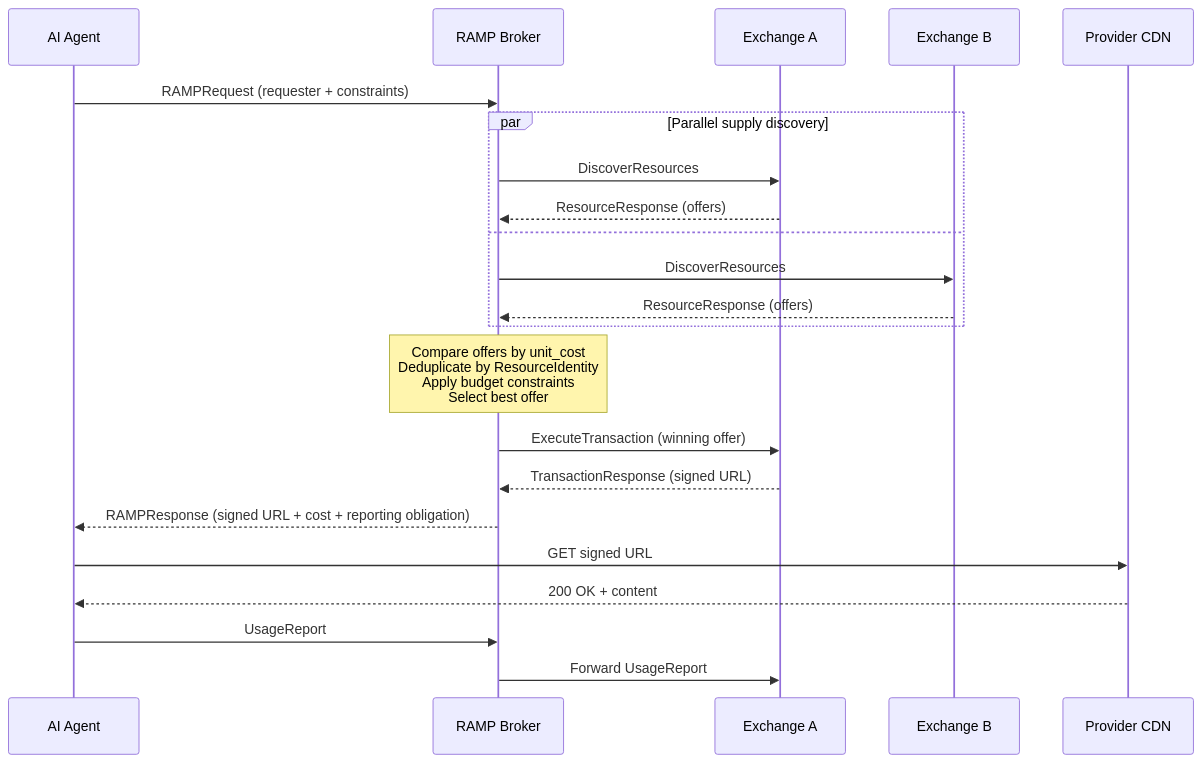
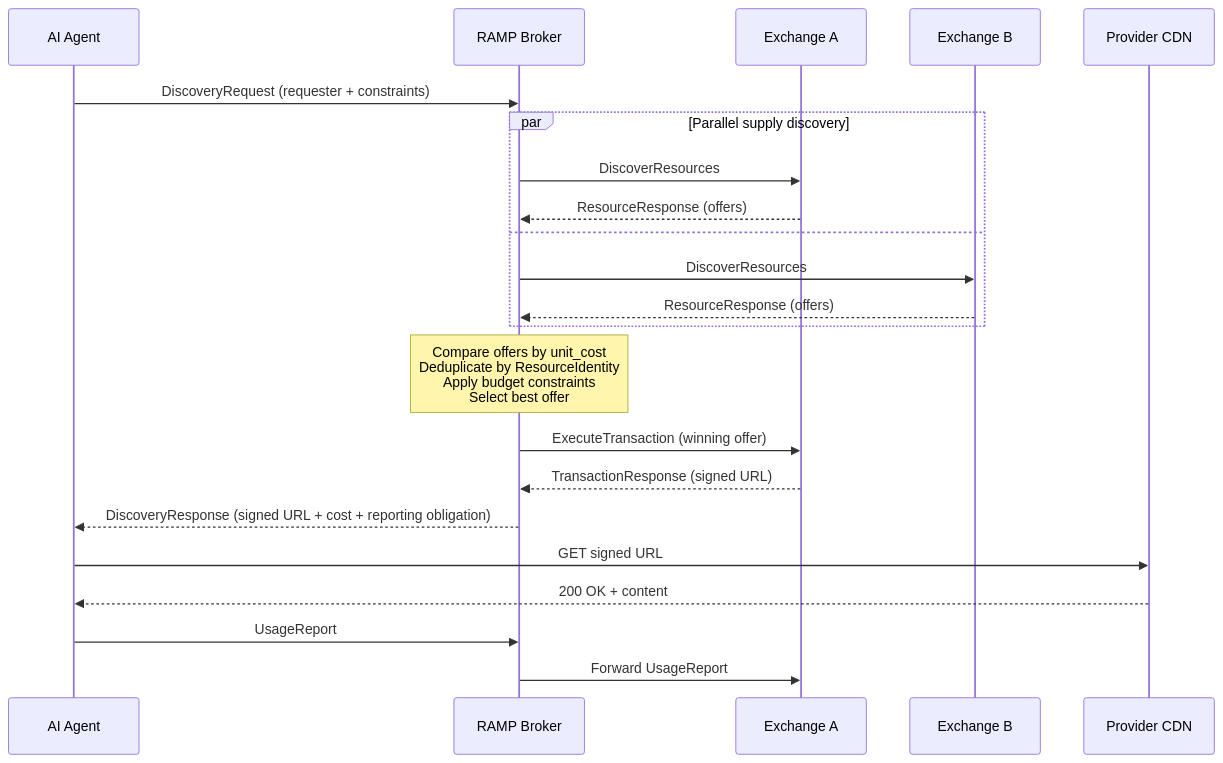
The second of 6 diagrams in website/src/content/docs/protocol/discovery-paths.mdx (RAMP-Protocol/protocol), drawn with Mermaid before and after one commit. The commit also changed other lines of this file and 102 other files, not shown here.

````diff
--- a/website/src/content/docs/protocol/discovery-paths.mdx
+++ b/website/src/content/docs/protocol/discovery-paths.mdx
@@ -68,31 +68,31 @@
 ```mermaid
 sequenceDiagram
     participant Agent as AI Agent
     participant Orch as RAMP Broker
     participant MPA as Exchange A
     participant MPB as Exchange B
     participant CDN as Provider CDN
 
-    Agent->>Orch: RAMPRequest (requester + constraints)
+    Agent->>Orch: DiscoveryRequest (requester + constraints)
 
     par Parallel supply discovery
         Orch->>MPA: DiscoverResources
         MPA-->>Orch: ResourceResponse (offers)
     and
         Orch->>MPB: DiscoverResources
         MPB-->>Orch: ResourceResponse (offers)
     end
 
     Note over Orch: Compare offers by unit_cost<br/>Deduplicate by ResourceIdentity<br/>Apply budget constraints<br/>Select best offer
 
     Orch->>MPA: ExecuteTransaction (winning offer)
     MPA-->>Orch: TransactionResponse (signed URL)
 
-    Orch-->>Agent: RAMPResponse (signed URL + cost + reporting obligation)
+    Orch-->>Agent: DiscoveryResponse (signed URL + cost + reporting obligation)
 
     Agent->>CDN: GET signed URL
     CDN-->>Agent: 200 OK + content
 
     Agent->>Orch: UsageReport
     Orch->>MPA: Forward UsageReport
 ```
````
